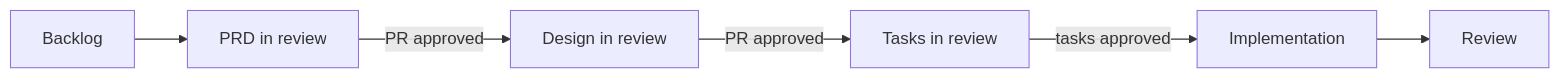
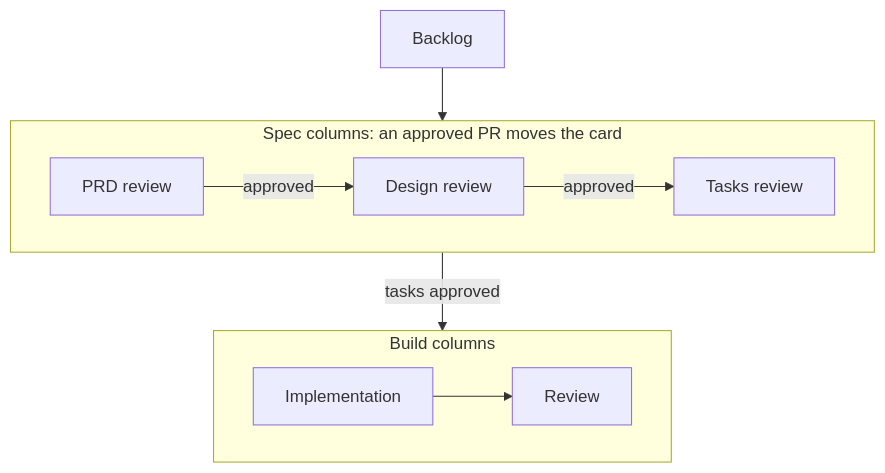
Before and after one commit to felipefontoura/spec-driven-development-book: diagram 15 of 15 in BOOK.en.md, drawn with Mermaid. The commit also changed other lines of this file and 1 other file, not shown here.

````diff
--- a/BOOK.en.md
+++ b/BOOK.en.md
@@ -3359,12 +3282,22 @@
 ```mermaid
-flowchart LR
-    B[Backlog] --> P[PRD in review]
-    P -->|PR approved| D[Design in review]
-    D -->|PR approved| T[Tasks in review]
-    T -->|tasks approved| E[Implementation]
-    E --> R[Review]
+flowchart TB
+    B[Backlog]
+
+    subgraph SPEC["Spec columns: an approved PR moves the card"]
+        direction LR
+        P[PRD review] -->|approved| D[Design review]
+        D -->|approved| T[Tasks review]
+    end
+
+    subgraph BUILD["Build columns"]
+        direction LR
+        E[Implementation] --> R[Review]
+    end
+
+    B --> SPEC
+    SPEC -->|tasks approved| BUILD
 
     class P,D,T accent;
     class B muted;
     class E,R neutral;
 ```
````
